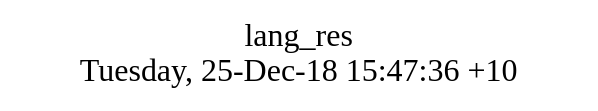
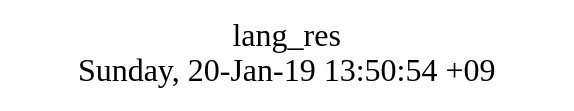
One commit to AplaProject/apps changed the diagram in src/lang_res/struct.dot. Above: the diagram before and after it, drawn with Graphviz. The commit also changed 22 other files, not shown here.

```diff
--- a/src/lang_res/struct.dot
+++ b/src/lang_res/struct.dot
@@ -1,8 +1,8 @@
 digraph G {
 fontsize="24";
-label="lang_res\nTuesday, 25-Dec-18 15:47:36 +10";
+label="lang_res\nSunday, 20-Jan-19 13:50:54 +09";
 nojustify=true;
 ordering=out;
 rankdir=LR;
 size="30";
 }
```
